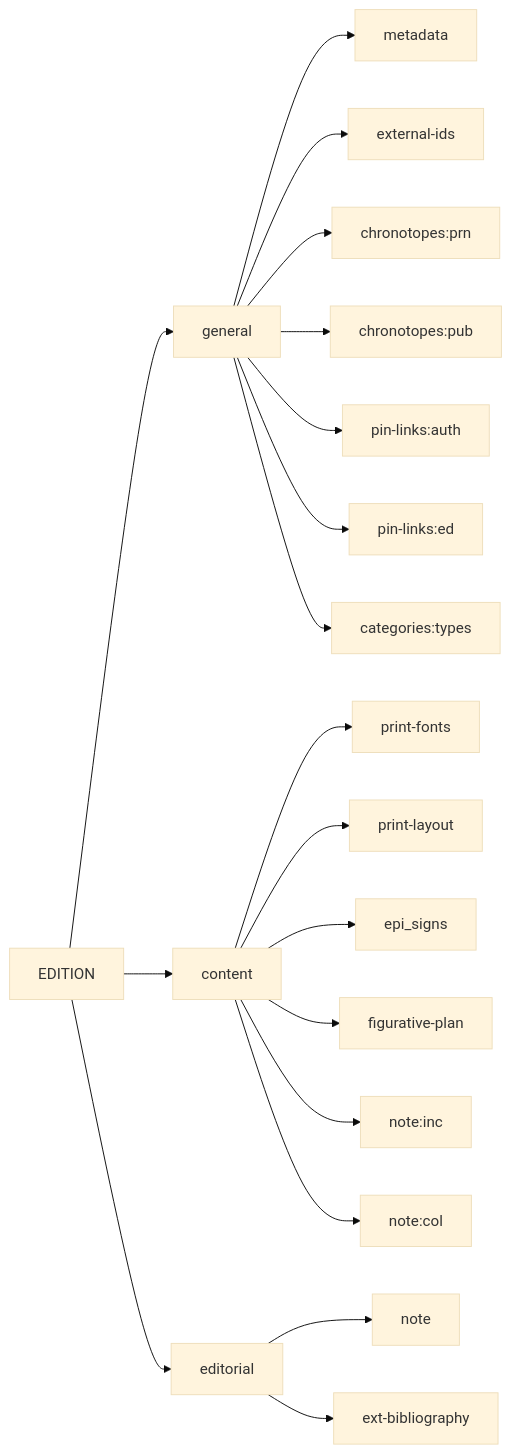
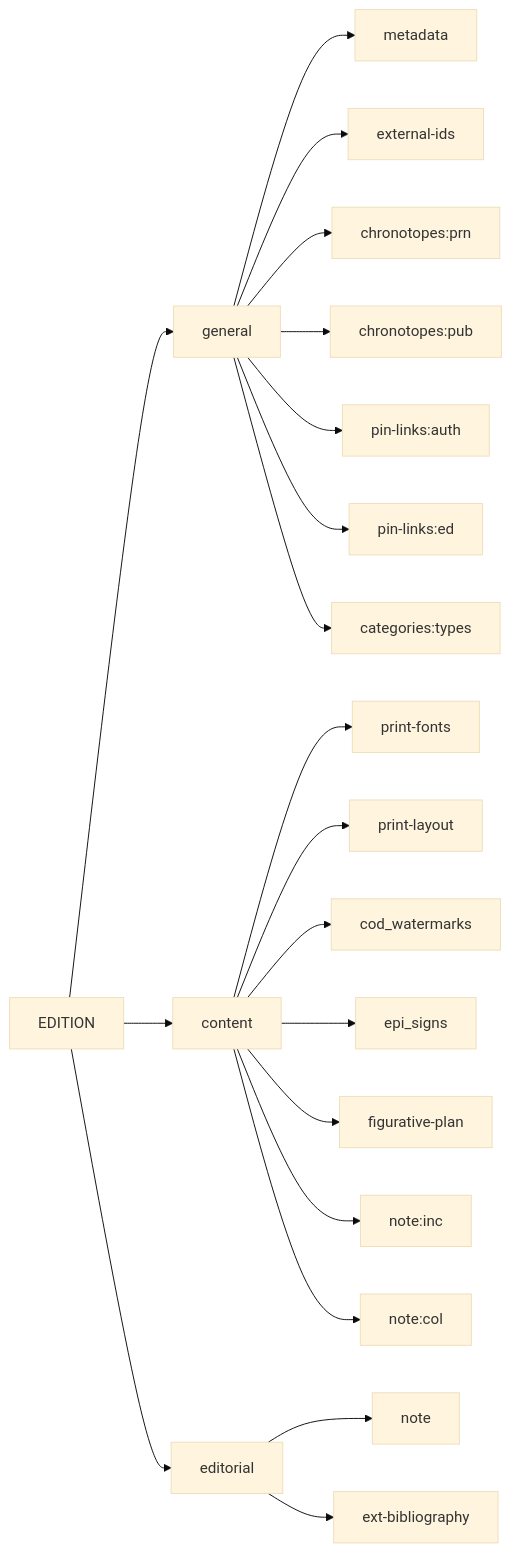
One commit to vedph/cadmus-ndp-books changed the first of 2 diagrams in README.md. Above: the diagram before and after it, drawn with Mermaid (base theme). The commit also changed other lines of this file, not shown here.

````diff
--- a/README.md
+++ b/README.md
@@ -16,22 +16,23 @@
 ```mermaid
 graph LR;
 
 EDITION --> general
 general --> metadata
 general --> external-ids
 general --> chronotopes:prn
 general --> chronotopes:pub
 general --> pin-links:auth
 general --> pin-links:ed
 general --> categories:types
 EDITION --> content
 content --> print-fonts
 content --> print-layout
+content --> cod_watermarks
 content --> epi_signs
 content --> figurative-plan
 content --> note:inc
 content --> note:col
 EDITION --> editorial
 editorial --> note
 editorial --> ext-bibliography
 ```
````
